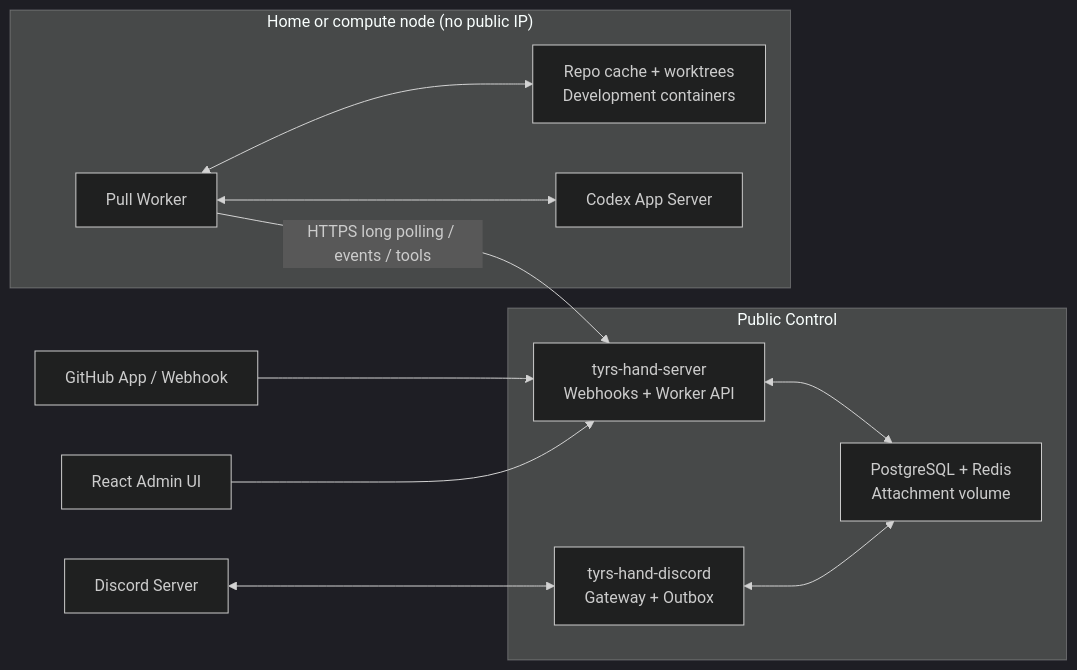
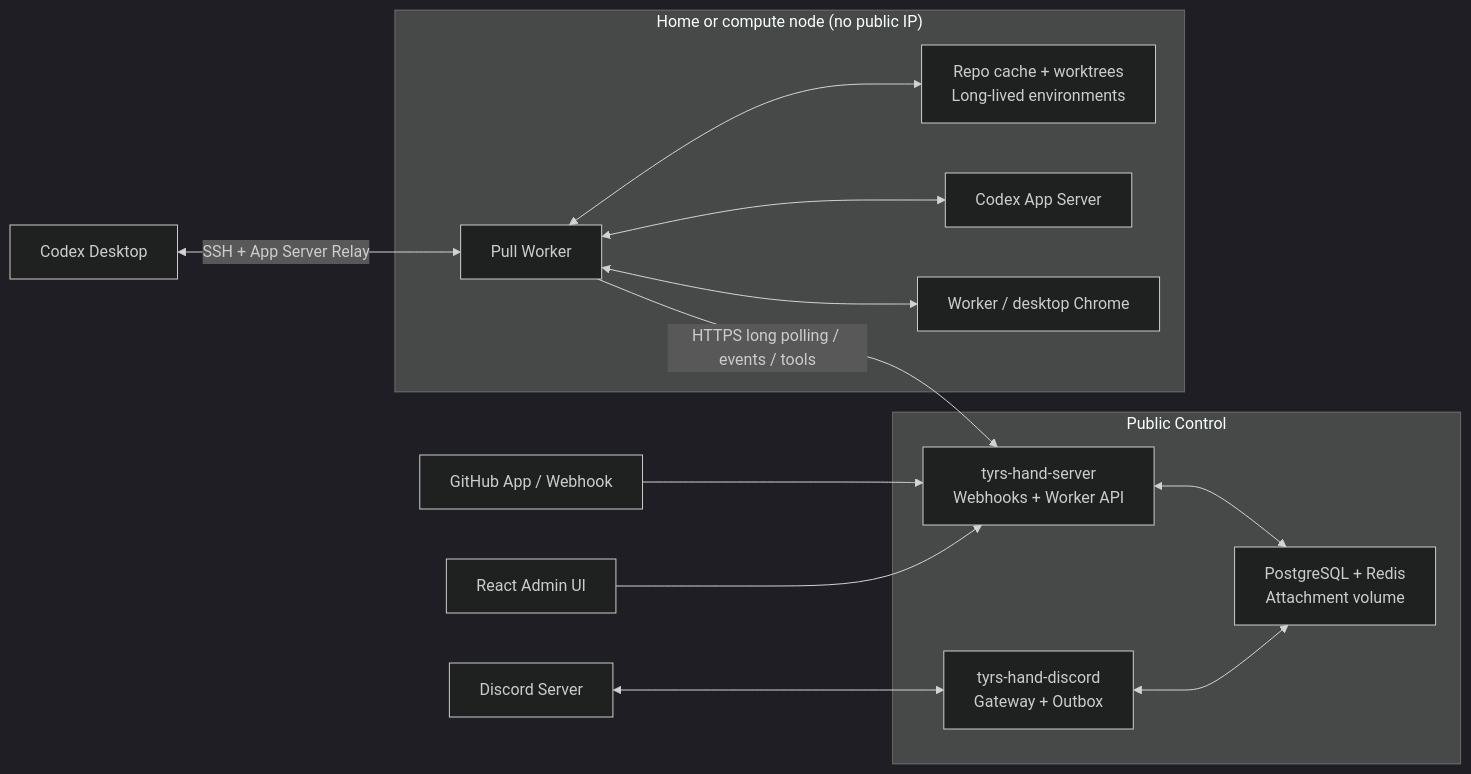
The diagram in README.en.md (slovx2/tyrs-hand), drawn with Mermaid (dark theme) before and after one commit. The commit also changed other lines of this file and 1 other file, not shown here.

````diff
--- a/README.en.md
+++ b/README.en.md
@@ -35,21 +48,24 @@
 ```mermaid
 flowchart LR
     subgraph Public["Public Control"]
         Server["tyrs-hand-server\nWebhooks + Worker API"]
         Gateway["tyrs-hand-discord\nGateway + Outbox"]
         State["PostgreSQL + Redis\nAttachment volume"]
         Server <--> State
         Gateway <--> State
     end
     GitHub["GitHub App / Webhook"] --> Server
     Admin["React Admin UI"] --> Server
     Discord["Discord Server"] <--> Gateway
     subgraph Home["Home or compute node (no public IP)"]
         Worker["Pull Worker"]
-        Workspace["Repo cache + worktrees\nDevelopment containers"]
+        Workspace["Repo cache + worktrees\nLong-lived environments"]
         Codex["Codex App Server"]
+        Browser["Worker / desktop Chrome"]
         Worker <--> Workspace
         Worker <--> Codex
+        Worker <--> Browser
     end
+    Desktop["Codex Desktop"] <-->|"SSH + App Server Relay"| Worker
     Worker -->|"HTTPS long polling / events / tools"| Server
 ```
````
